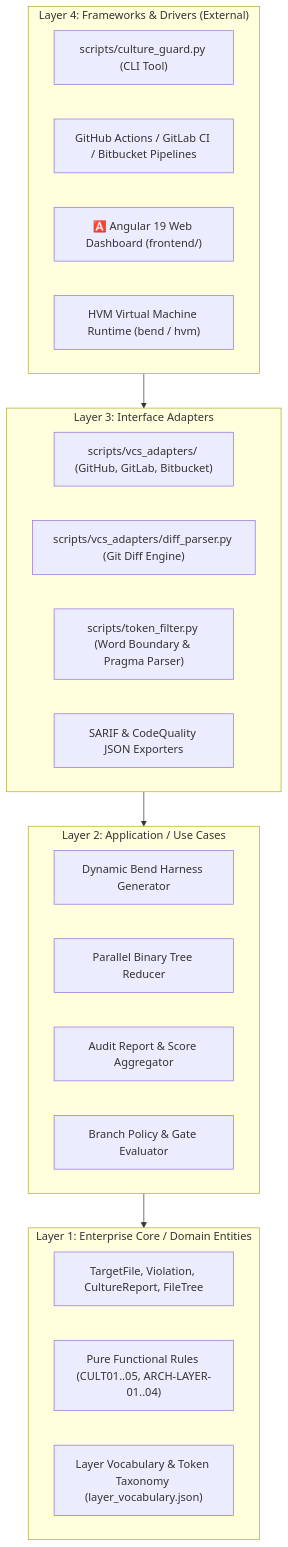
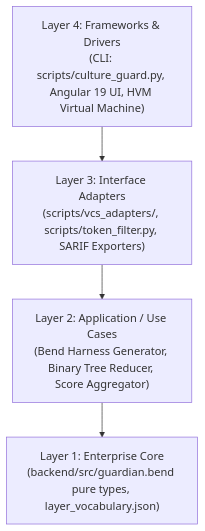
Before and after one commit to GiovaniRodrigo/bend-devops: the diagram in ARCHITECTURE.md, drawn with Mermaid. The commit also changed other lines of this file and 17 other files, not shown here.

````diff
--- a/ARCHITECTURE.md
+++ b/ARCHITECTURE.md
@@ -21,33 +11,8 @@
 ```mermaid
 flowchart TD
-    subgraph Ring4 ["Layer 4: Frameworks & Drivers (External)"]
-        CLI["scripts/culture_guard.py (CLI Tool)"]
-        CI["GitHub Actions / GitLab CI / Bitbucket Pipelines"]
-        UI["🅰️ Angular 19 Web Dashboard (frontend/)"]
-        HVM["HVM Virtual Machine Runtime (bend / hvm)"]
-    end
-
-    subgraph Ring3 ["Layer 3: Interface Adapters"]
-        VCS_Adapters["scripts/vcs_adapters/ (GitHub, GitLab, Bitbucket)"]
-        Diff_Parser["scripts/vcs_adapters/diff_parser.py (Git Diff Engine)"]
-        Token_Filter["scripts/token_filter.py (Word Boundary & Pragma Parser)"]
-        Exporters["SARIF & CodeQuality JSON Exporters"]
-    end
-
-    subgraph Ring2 ["Layer 2: Application / Use Cases"]
-        HarnessGen["Dynamic Bend Harness Generator"]
-        TreeReducer["Parallel Binary Tree Reducer"]
-        ReportAggregator["Audit Report & Score Aggregator"]
-        PolicyEngine["Branch Policy & Gate Evaluator"]
-    end
-
-    subgraph Ring1 ["Layer 1: Enterprise Core / Domain Entities"]
-        DomainEntities["TargetFile, Violation, CultureReport, FileTree"]
-        PureRules["Pure Functional Rules (CULT01..05, ARCH-LAYER-01..04)"]
-        Taxonomy["Layer Vocabulary & Token Taxonomy (layer_vocabulary.json)"]
-    end
-
-    Ring4 --> Ring3
-    Ring3 --> Ring2
-    Ring2 --> Ring1
+    L4["Layer 4: Frameworks & Drivers\n(CLI: scripts/culture_guard.py, Angular 19 UI, HVM Virtual Machine)"]
+    L3["Layer 3: Interface Adapters\n(scripts/vcs_adapters/, scripts/token_filter.py, SARIF Exporters)"]
+    L2["Layer 2: Application / Use Cases\n(Bend Harness Generator, Binary Tree Reducer, Score Aggregator)"]
+    L1["Layer 1: Enterprise Core\n(backend/src/guardian.bend pure types, layer_vocabulary.json)"]
+    L4 --> L3 --> L2 --> L1
 ```
````
